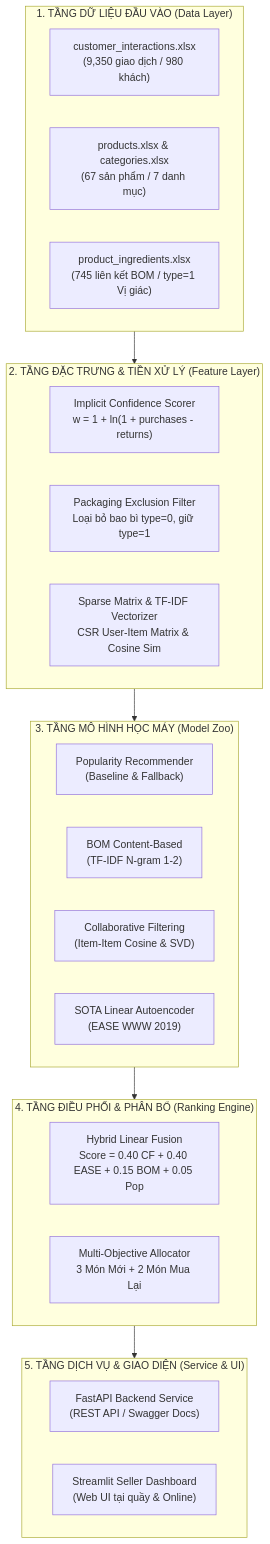
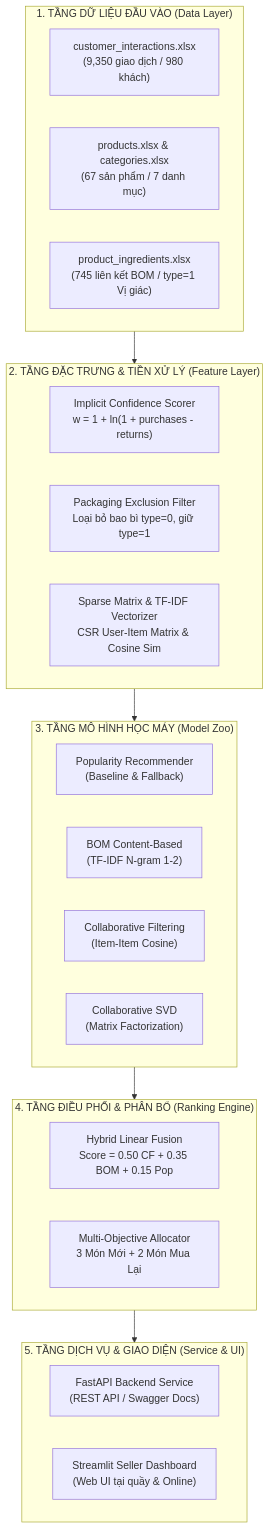
Before and after one commit to cakho6179/Recommend_Tra: the diagram in README.md, drawn with Mermaid. The commit also changed other lines of this file, not shown here.

````diff
--- a/README.md
+++ b/README.md
@@ -45,36 +44,36 @@
 ```mermaid
 flowchart TD
     subgraph DataLayer ["1. TẦNG DỮ LIỆU ĐẦU VÀO (Data Layer)"]
         D1["customer_interactions.xlsx<br/>(9,350 giao dịch / 980 khách)"]
         D2["products.xlsx & categories.xlsx<br/>(67 sản phẩm / 7 danh mục)"]
         D3["product_ingredients.xlsx<br/>(745 liên kết BOM / type=1 Vị giác)"]
     end
 
     subgraph FeatureLayer ["2. TẦNG ĐẶC TRƯNG & TIỀN XỬ LÝ (Feature Layer)"]
         F1["Implicit Confidence Scorer<br/>w = 1 + ln(1 + purchases - returns)"]
         F2["Packaging Exclusion Filter<br/>Loại bỏ bao bì type=0, giữ type=1"]
         F3["Sparse Matrix & TF-IDF Vectorizer<br/>CSR User-Item Matrix & Cosine Sim"]
     end
 
     subgraph ModelZoo ["3. TẦNG MÔ HÌNH HỌC MÁY (Model Zoo)"]
         M1["Popularity Recommender<br/>(Baseline & Fallback)"]
         M2["BOM Content-Based<br/>(TF-IDF N-gram 1-2)"]
-        M3["Collaborative Filtering<br/>(Item-Item Cosine & SVD)"]
-        M4["SOTA Linear Autoencoder<br/>(EASE WWW 2019)"]
+        M3["Collaborative Filtering<br/>(Item-Item Cosine)"]
+        M4["Collaborative SVD<br/>(Matrix Factorization)"]
     end
 
     subgraph RankingEngine ["4. TẦNG ĐIỀU PHỐI & PHÂN BỔ (Ranking Engine)"]
-        R1["Hybrid Linear Fusion<br/>Score = 0.40 CF + 0.40 EASE + 0.15 BOM + 0.05 Pop"]
+        R1["Hybrid Linear Fusion<br/>Score = 0.50 CF + 0.35 BOM + 0.15 Pop"]
         R2["Multi-Objective Allocator<br/>3 Món Mới + 2 Món Mua Lại"]
     end
 
     subgraph ServiceLayer ["5. TẦNG DỊCH VỤ & GIAO DIỆN (Service & UI)"]
         S1["FastAPI Backend Service<br/>(REST API / Swagger Docs)"]
         S2["Streamlit Seller Dashboard<br/>(Web UI tại quầy & Online)"]
     end
 
     DataLayer --> FeatureLayer
     FeatureLayer --> ModelZoo
     ModelZoo --> RankingEngine
     RankingEngine --> ServiceLayer
 ```
````
